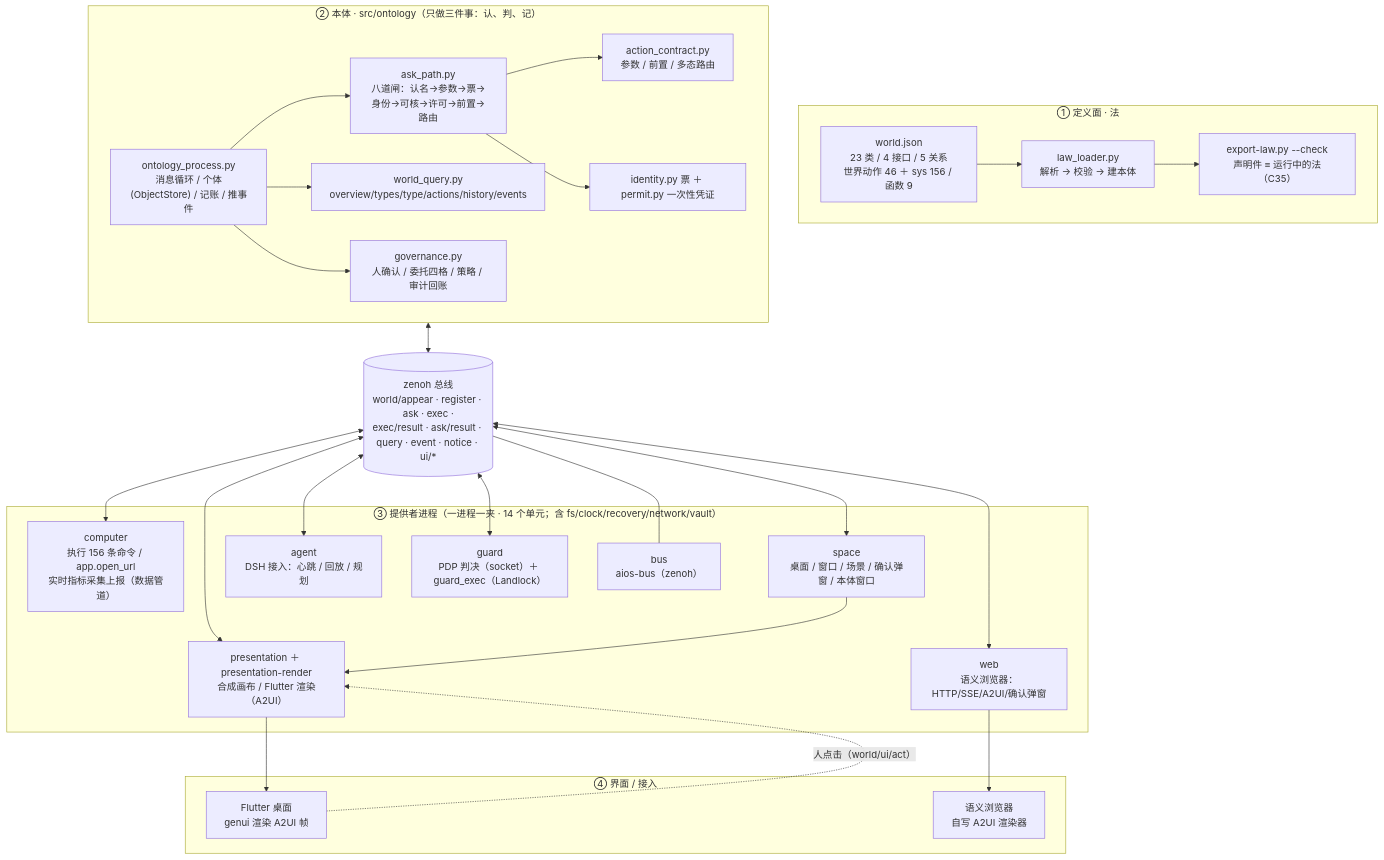
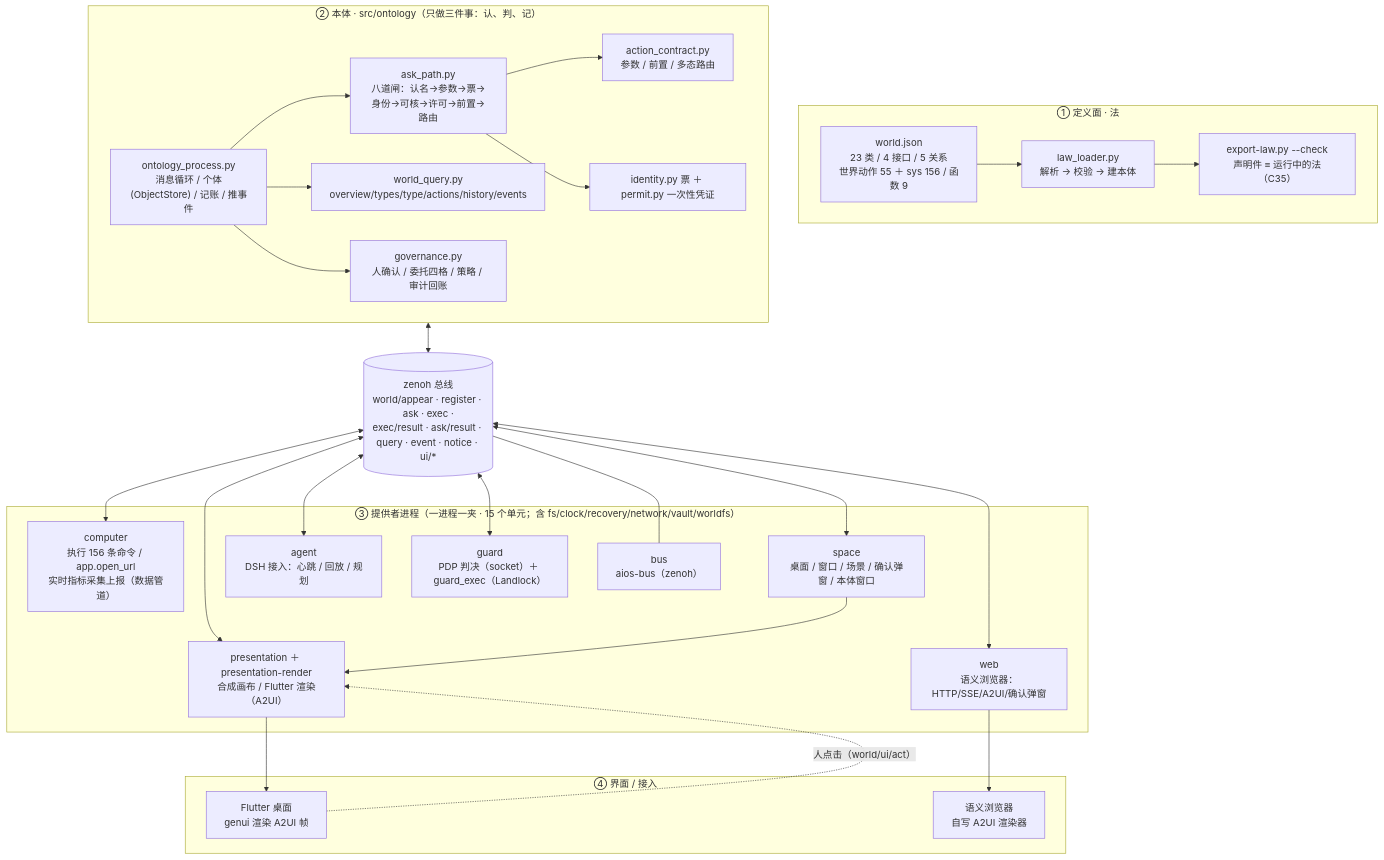
One commit to ZiFan1117/worldcore changed the first of 4 diagrams in docs/ARCHITECTURE.md. Above: the diagram before and after it, drawn with Mermaid. The commit also changed other lines of this file and 8 other files, not shown here.

````diff
--- a/docs/ARCHITECTURE.md
+++ b/docs/ARCHITECTURE.md
@@ -8,53 +8,53 @@
 ```mermaid
 flowchart TB
   subgraph L1[① 定义面 · 法]
-    LAW["world.json<br/>23 类 / 4 接口 / 5 关系<br/>世界动作 46 ＋ sys 156 / 函数 9"]
+    LAW["world.json<br/>23 类 / 4 接口 / 5 关系<br/>世界动作 55 ＋ sys 156 / 函数 9"]
     LOADER["law_loader.py<br/>解析 → 校验 → 建本体"]
     EXPORT["export-law.py --check<br/>声明件 ≡ 运行中的法（C35）"]
     LAW --> LOADER
     LOADER --> EXPORT
   end
 
   subgraph L2[② 本体 · src/ontology（只做三件事：认、判、记）]
     PROC["ontology_process.py<br/>消息循环 / 个体(ObjectStore) / 记账 / 推事件"]
     GATE["ask_path.py<br/>八道闸：认名→参数→票→身份→可核→许可→前置→路由"]
     QUERY["world_query.py<br/>overview/types/type/actions/history/events"]
     GOV["governance.py<br/>人确认 / 委托四格 / 策略 / 审计回账"]
     ID["identity.py 票 ＋ permit.py 一次性凭证"]
     AC["action_contract.py<br/>参数 / 前置 / 多态路由"]
     PROC --> GATE --> AC
     PROC --> QUERY
     PROC --> GOV
     GATE --> ID
   end
 
   BUS[("zenoh 总线<br/>world/appear · register · ask · exec ·<br/>exec/result · ask/result · query · event · notice · ui/*")]
 
-  subgraph L3[③ 提供者进程（一进程一夹 · 14 个单元；含 fs/clock/recovery/network/vault）]
+  subgraph L3[③ 提供者进程（一进程一夹 · 15 个单元；含 fs/clock/recovery/network/vault/worldfs）]
     COMP["computer<br/>执行 156 条命令 / app.open_url<br/>实时指标采集上报（数据管道）"]
     PRES["presentation ＋ presentation-render<br/>合成画布 / Flutter 渲染（A2UI）"]
     SPACE["space<br/>桌面 / 窗口 / 场景 / 确认弹窗 / 本体窗口"]
     AGENT["agent<br/>DSH 接入：心跳 / 回放 / 规划"]
     GUARD["guard<br/>PDP 判决（socket）＋ guard_exec（Landlock）"]
     WEB["web<br/>语义浏览器：HTTP/SSE/A2UI/确认弹窗"]
     BUSUNIT["bus<br/>aios-bus（zenoh）"]
   end
 
   subgraph L4[④ 界面 / 接入]
     FLUTTER["Flutter 桌面<br/>genui 渲染 A2UI 帧"]
     BROWSER["语义浏览器<br/>自写 A2UI 渲染器"]
   end
 
   L2 <--> BUS
   BUS <--> COMP
   BUS <--> PRES
   BUS <--> SPACE
   BUS <--> AGENT
   BUS <--> GUARD
   BUS <--> WEB
   BUS --- BUSUNIT
   PRES --> FLUTTER
   WEB --> BROWSER
   SPACE --> PRES
   FLUTTER -. "人点击（world/ui/act）" .-> PRES
 ```
````
